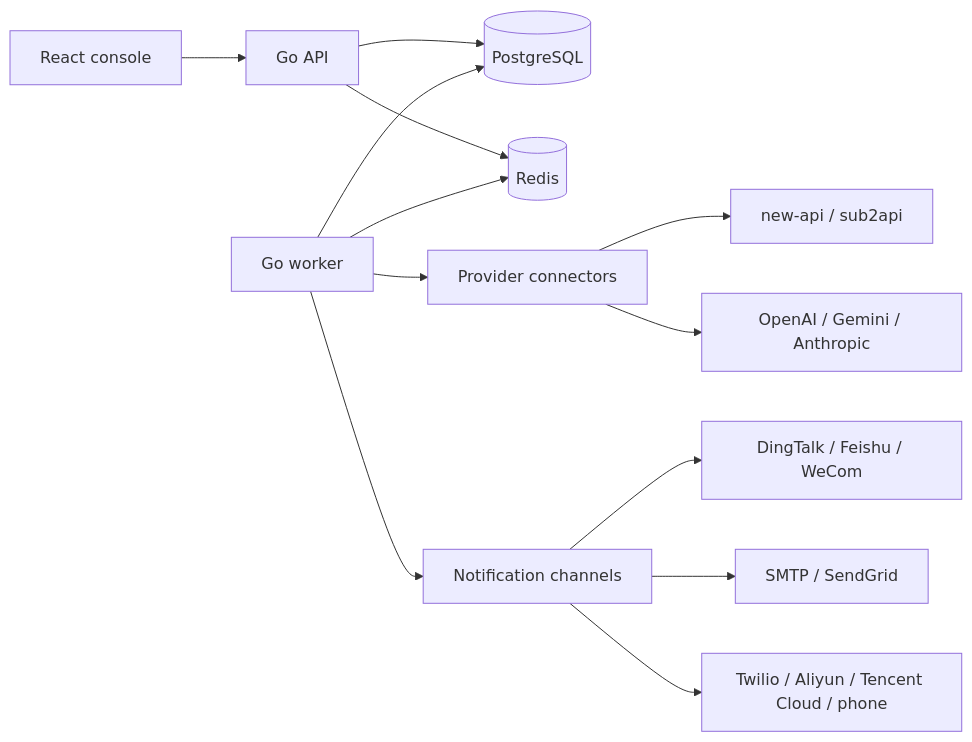
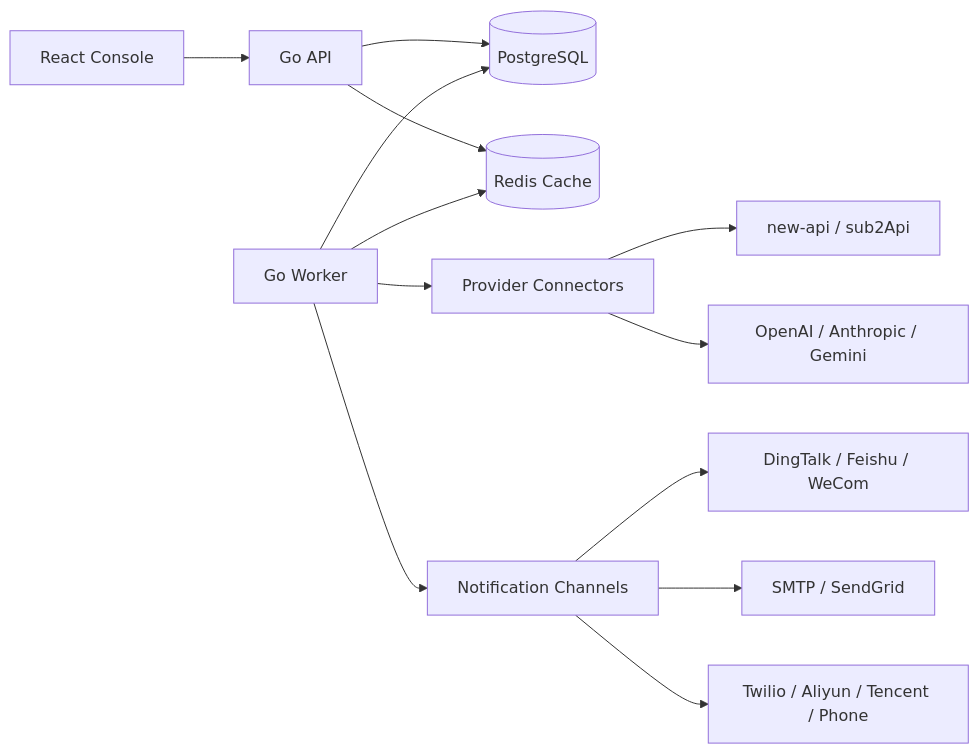
One commit to baogutang/api-monitor changed the diagram in README.md. Above: the diagram before and after it, drawn with Mermaid. The commit also changed other lines of this file and 25 other files, not shown here.

````diff
--- a/README.md
+++ b/README.md
@@ -76,15 +126,15 @@
 ```mermaid
 flowchart LR
-  UI["React console"] --> API["Go API"]
+  UI["React Console"] --> API["Go API"]
   API --> PG[("PostgreSQL")]
-  API --> Redis[("Redis")]
-  Worker["Go worker"] --> PG
+  API --> Redis[("Redis Cache")]
+  Worker["Go Worker"] --> PG
   Worker --> Redis
-  Worker --> Connectors["Provider connectors"]
-  Connectors --> Relay["new-api / sub2api"]
-  Connectors --> Official["OpenAI / Gemini / Anthropic"]
-  Worker --> Notifiers["Notification channels"]
+  Worker --> Connectors["Provider Connectors"]
+  Connectors --> Relay["new-api / sub2Api"]
+  Connectors --> Official["OpenAI / Anthropic / Gemini"]
+  Worker --> Notifiers["Notification Channels"]
   Notifiers --> IM["DingTalk / Feishu / WeCom"]
   Notifiers --> Mail["SMTP / SendGrid"]
-  Notifiers --> SMS["Twilio / Aliyun / Tencent Cloud / phone"]
+  Notifiers --> SMS["Twilio / Aliyun / Tencent / Phone"]
 ```
````
